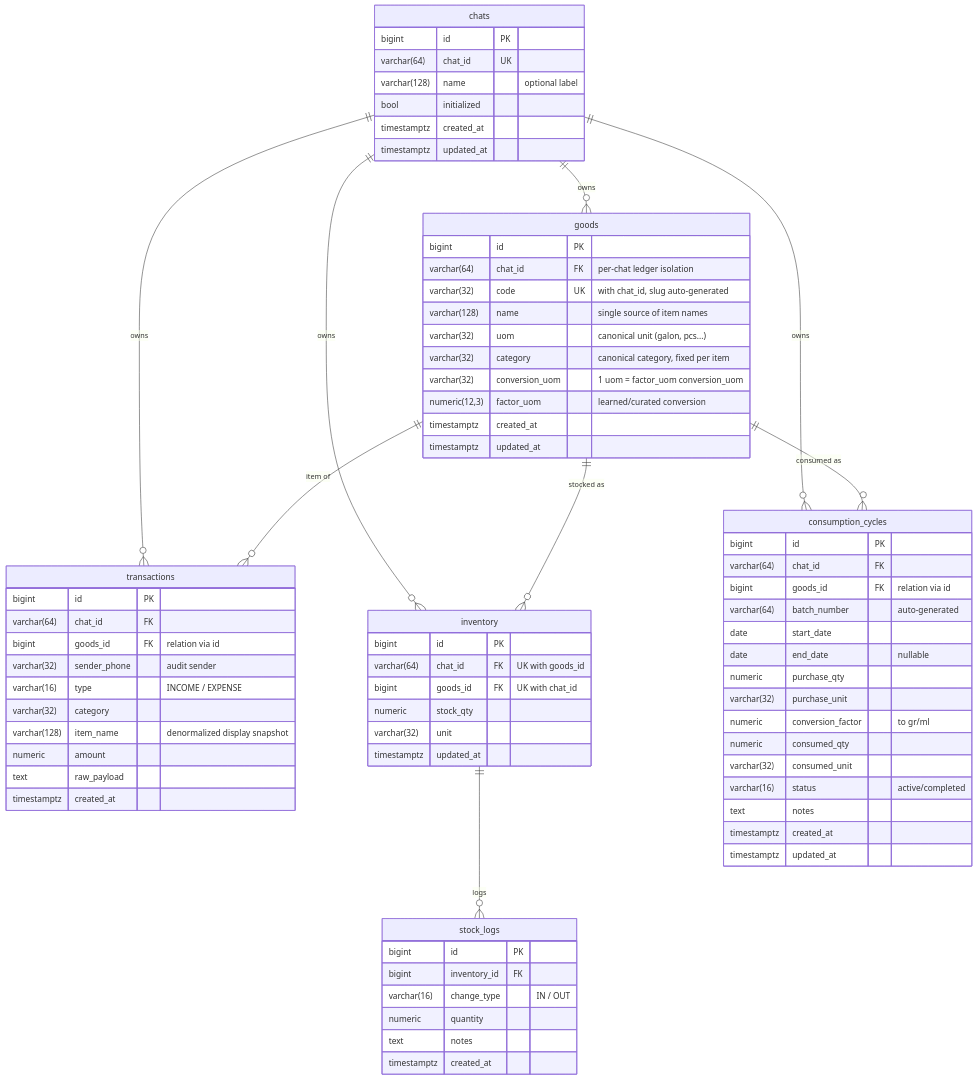
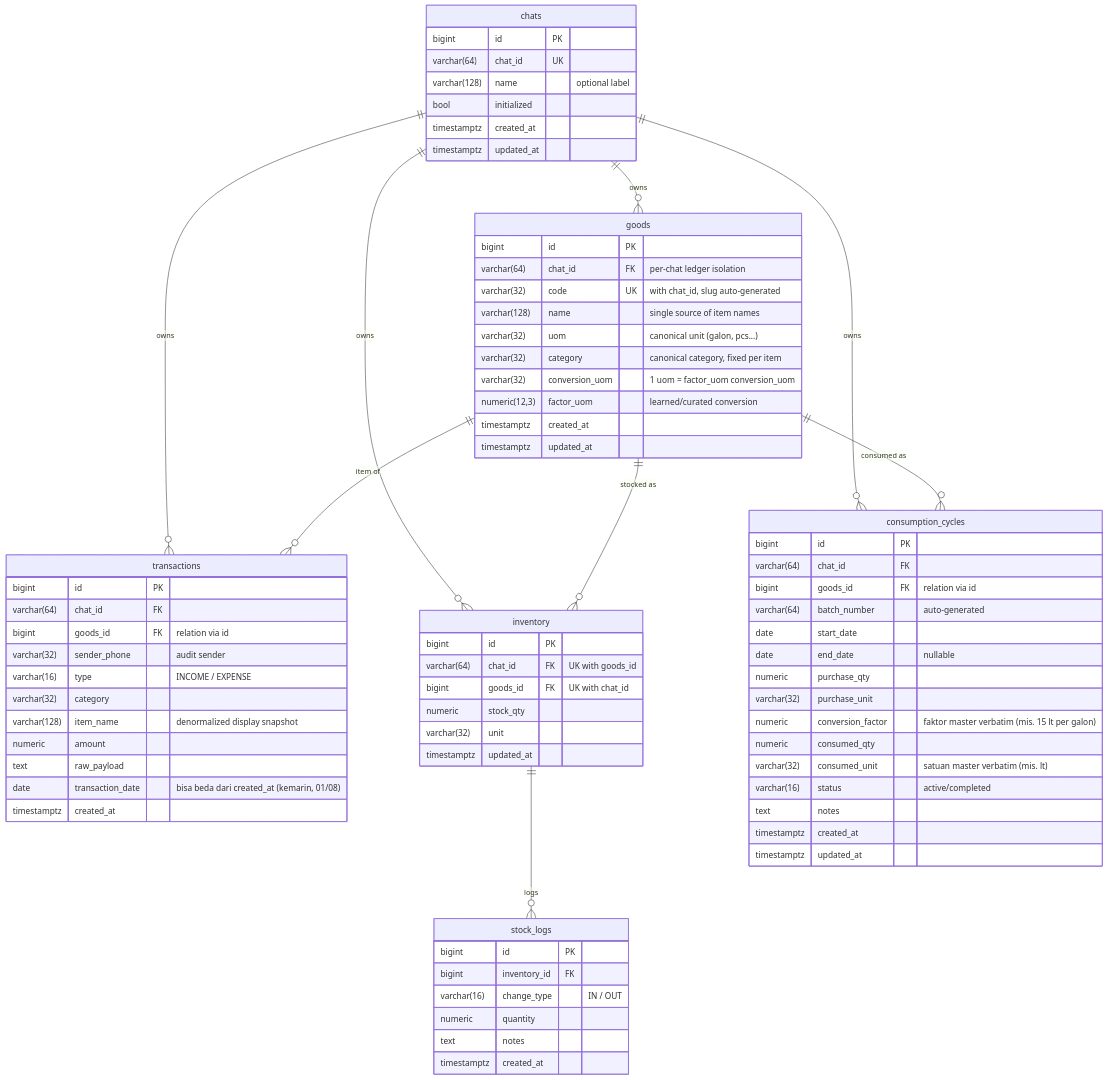
One commit to skyapps-id/smart-ledger-agent changed the fourth of 4 diagrams in README.md. Above: the diagram before and after it, drawn with Mermaid. The commit also changed other lines of this file and 7 other files, not shown here.

First line of the commit message:
Align README with master-first flow; scrub stale gr/ml comments

````diff
--- a/README.md
+++ b/README.md
@@ -338,77 +329,78 @@
 ```mermaid
 erDiagram
     chats ||--o{ goods : owns
     chats ||--o{ transactions : owns
     chats ||--o{ inventory : owns
     chats ||--o{ consumption_cycles : owns
     goods ||--o{ transactions : "item of"
     goods ||--o{ inventory : "stocked as"
     goods ||--o{ consumption_cycles : "consumed as"
     inventory ||--o{ stock_logs : logs
 
     chats {
         bigint id PK
         varchar(64) chat_id UK
         varchar(128) name "optional label"
         bool initialized
         timestamptz created_at
         timestamptz updated_at
     }
     goods {
         bigint id PK
         varchar(64) chat_id FK "per-chat ledger isolation"
         varchar(32) code UK "with chat_id, slug auto-generated"
         varchar(128) name "single source of item names"
         varchar(32) uom "canonical unit (galon, pcs...)"
         varchar(32) category "canonical category, fixed per item"
         varchar(32) conversion_uom "1 uom = factor_uom conversion_uom"
         numeric(12,3) factor_uom "learned/curated conversion"
         timestamptz created_at
         timestamptz updated_at
     }
     transactions {
         bigint id PK
         varchar(64) chat_id FK
         bigint goods_id FK "relation via id"
         varchar(32) sender_phone "audit sender"
         varchar(16) type "INCOME / EXPENSE"
         varchar(32) category
         varchar(128) item_name "denormalized display snapshot"
         numeric amount
         text raw_payload
+        date transaction_date "bisa beda dari created_at (kemarin, 01/08)"
         timestamptz created_at
     }
     inventory {
         bigint id PK
         varchar(64) chat_id FK "UK with goods_id"
         bigint goods_id FK "UK with chat_id"
         numeric stock_qty
         varchar(32) unit
         timestamptz updated_at
     }
     stock_logs {
         bigint id PK
         bigint inventory_id FK
         varchar(16) change_type "IN / OUT"
         numeric quantity
         text notes
         timestamptz created_at
     }
     consumption_cycles {
         bigint id PK
         varchar(64) chat_id FK
         bigint goods_id FK "relation via id"
         varchar(64) batch_number "auto-generated"
         date start_date
         date end_date "nullable"
         numeric purchase_qty
         varchar(32) purchase_unit
-        numeric conversion_factor "to gr/ml"
+        numeric conversion_factor "faktor master verbatim (mis. 15 lt per galon)"
         numeric consumed_qty
-        varchar(32) consumed_unit
+        varchar(32) consumed_unit "satuan master verbatim (mis. lt)"
         varchar(16) status "active/completed"
         text notes
         timestamptz created_at
         timestamptz updated_at
     }
 ```
````
